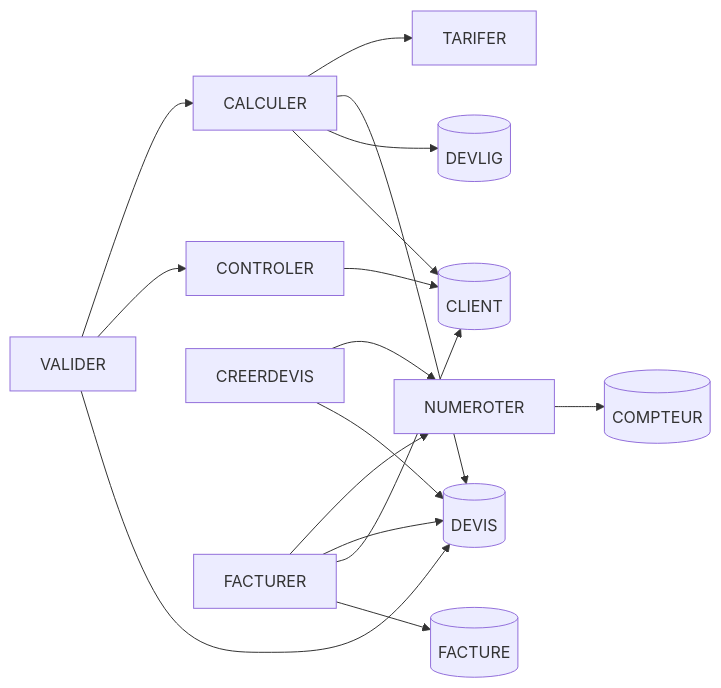
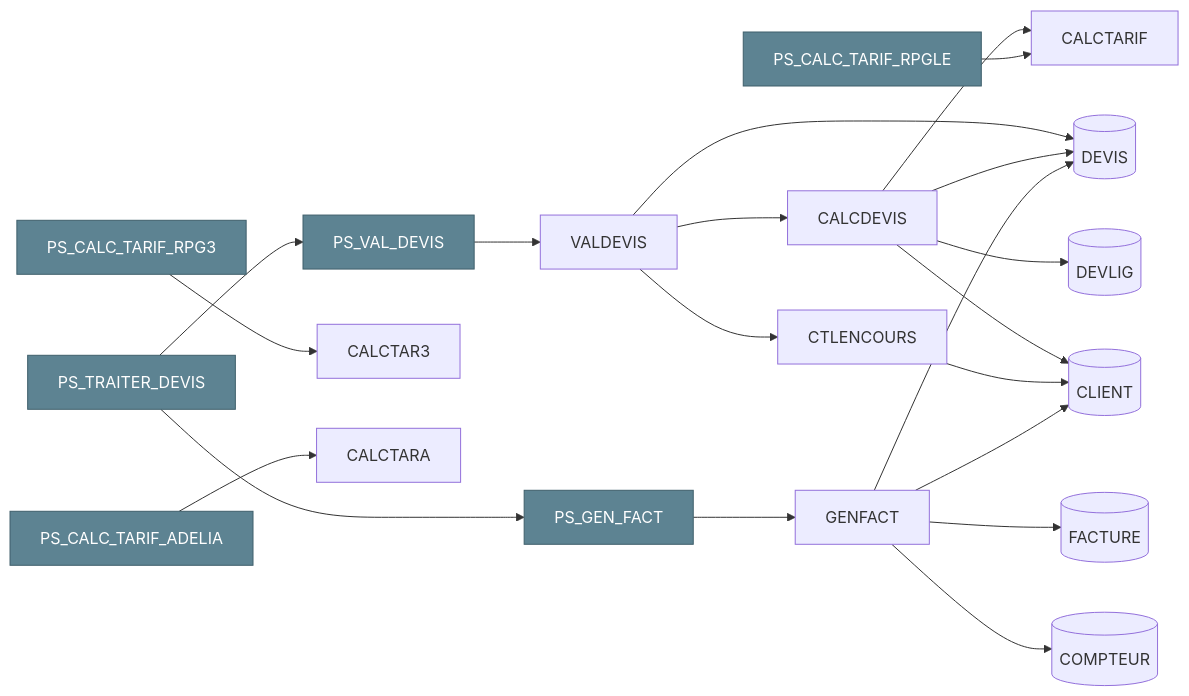
The sixth of 12 diagrams in slides.md (andymalo43/ibelieve-2026---Db2-for-i-un-h-ritage-puissant-qui-ne-demande-qu-voluer), drawn with Mermaid before and after one commit. The commit also changed other lines of this file and 17 other files, not shown here.

````diff
--- a/slides.md
+++ b/slides.md
@@ -423,18 +470,25 @@
 ```mermaid {scale: 0.5}
 graph LR
-  VALIDER --> CALCULER
-  VALIDER --> CONTROLER
-  CALCULER --> TARIFER
-  CREERDEVIS --> NUMEROTER
-  FACTURER --> NUMEROTER
-  VALIDER --> DEVIS[(DEVIS)]
-  CALCULER --> DEVIS
-  CALCULER --> DEVLIG[(DEVLIG)]
-  CALCULER --> CLIENT[(CLIENT)]
-  CONTROLER --> CLIENT
-  CREERDEVIS --> DEVIS
-  FACTURER --> DEVIS
-  FACTURER --> CLIENT
-  FACTURER --> FACTURE[(FACTURE)]
-  NUMEROTER --> COMPTEUR[(COMPTEUR)]
+  PS_TRAITER_DEVIS --> PS_VAL_DEVIS
+  PS_TRAITER_DEVIS --> PS_GEN_FACT
+  PS_VAL_DEVIS --> VALDEVIS
+  PS_GEN_FACT --> GENFACT
+  VALDEVIS --> CALCDEVIS
+  VALDEVIS --> CTLENCOURS
+  CALCDEVIS --> CALCTARIF
+  PS_CALC_TARIF_RPGLE --> CALCTARIF
+  PS_CALC_TARIF_RPG3 --> CALCTAR3
+  PS_CALC_TARIF_ADELIA --> CALCTARA
+  VALDEVIS --> DEVIS[(DEVIS)]
+  CALCDEVIS --> DEVIS
+  CALCDEVIS --> DEVLIG[(DEVLIG)]
+  CALCDEVIS --> CLIENT[(CLIENT)]
+  CTLENCOURS --> CLIENT
+  GENFACT --> DEVIS
+  GENFACT --> FACTURE[(FACTURE)]
+  GENFACT --> CLIENT
+  GENFACT --> COMPTEUR[(COMPTEUR)]
+  class PS_TRAITER_DEVIS,PS_VAL_DEVIS,PS_GEN_FACT ps
+  class PS_CALC_TARIF_RPG3,PS_CALC_TARIF_RPGLE,PS_CALC_TARIF_ADELIA ps
+  classDef ps fill:#5d8392,stroke:#3f5f6b,color:#fff
 ```
````
